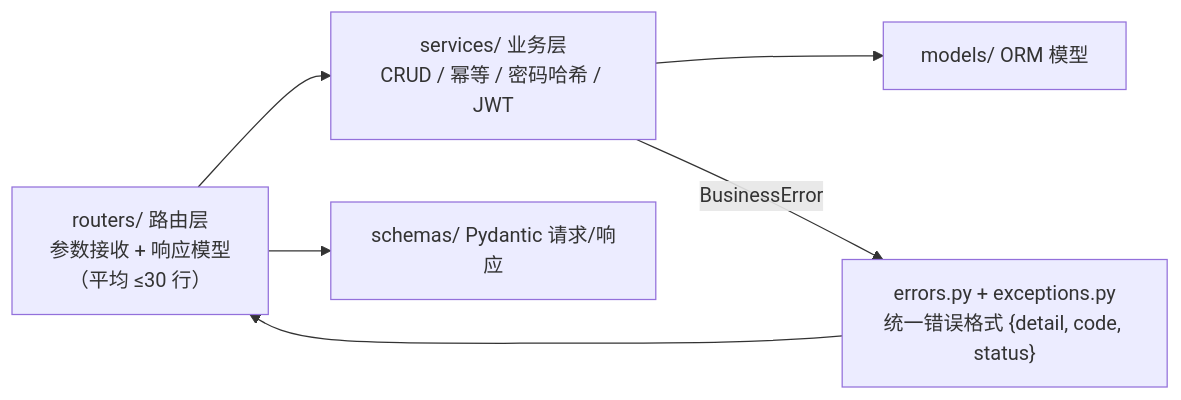
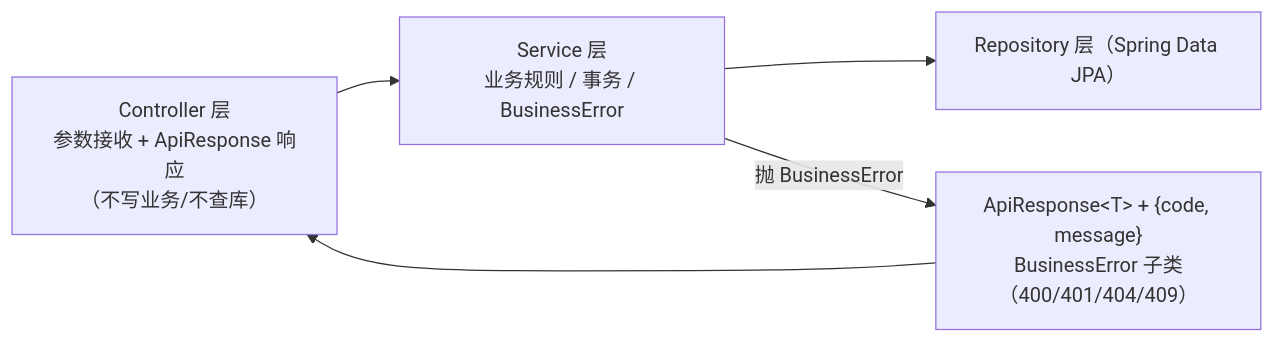
One commit to qiuqianyi66/tea-ceremony changed the second of 4 diagrams in docs/architecture/system-overview.md. Above: the diagram before and after it, drawn with Mermaid. The commit also changed other lines of this file and 5 other files, not shown here.

````diff
--- a/docs/architecture/system-overview.md
+++ b/docs/architecture/system-overview.md
@@ -45,14 +45,12 @@
 ```mermaid
 flowchart LR
-    router["routers/ 路由层<br/>参数接收 + 响应模型<br/>（平均 ≤30 行）"]
-    service["services/ 业务层<br/>CRUD / 幂等 / 密码哈希 / JWT"]
-    model["models/ ORM 模型"]
-    schema["schemas/ Pydantic 请求/响应"]
-    err["errors.py + exceptions.py<br/>统一错误格式 {detail, code, status}"]
+    controller["Controller 层<br/>参数接收 + ApiResponse 响应<br/>（不写业务/不查库）"]
+    service["Service 层<br/>业务规则 / 事务 / BusinessError"]
+    repo["Repository 层（Spring Data JPA）"]
+    err["ApiResponse&lt;T&gt; + {code, message}<br/>BusinessError 子类（400/401/404/409）"]
 
-    router --> service
-    service --> model
-    router --> schema
-    service -- "BusinessError" --> err
-    err --> router
+    controller --> service
+    service --> repo
+    service -- "抛 BusinessError" --> err
+    err --> controller
 ```
````
